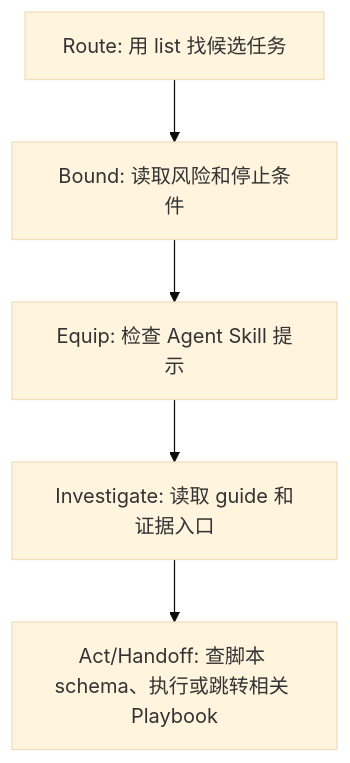
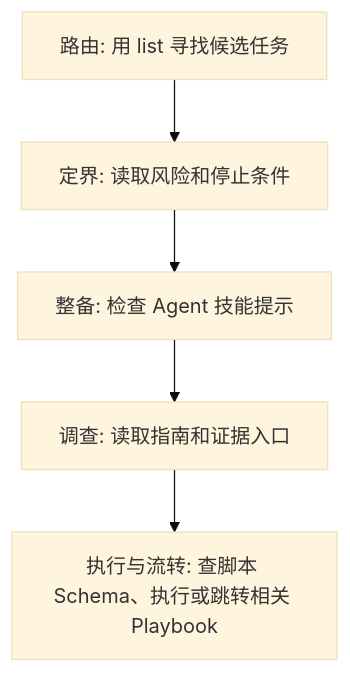
One commit to team4u/actiondock changed the diagram in docs/playbook.md. Above: the diagram before and after it, drawn with Mermaid (base theme). The commit also changed other lines of this file, not shown here.

Commit message:
docs: 优化 Playbook 文档术语一致性与可读性

````diff
--- a/docs/playbook.md
+++ b/docs/playbook.md
@@ -149,7 +149,7 @@
 ```mermaid
 flowchart TD
-    Route[Route: 用 list 找候选任务] --> Bound[Bound: 读取风险和停止条件]
-    Bound --> Equip[Equip: 检查 Agent Skill 提示]
-    Equip --> Investigate[Investigate: 读取 guide 和证据入口]
-    Investigate --> Act[Act/Handoff: 查脚本 schema、执行或跳转相关 Playbook]
+    Route[路由: 用 list 寻找候选任务] --> Bound[定界: 读取风险和停止条件]
+    Bound --> Equip[整备: 检查 Agent 技能提示]
+    Equip --> Investigate[调查: 读取指南和证据入口]
+    Investigate --> Act[执行与流转: 查脚本 Schema、执行或跳转相关 Playbook]
 ```
````
